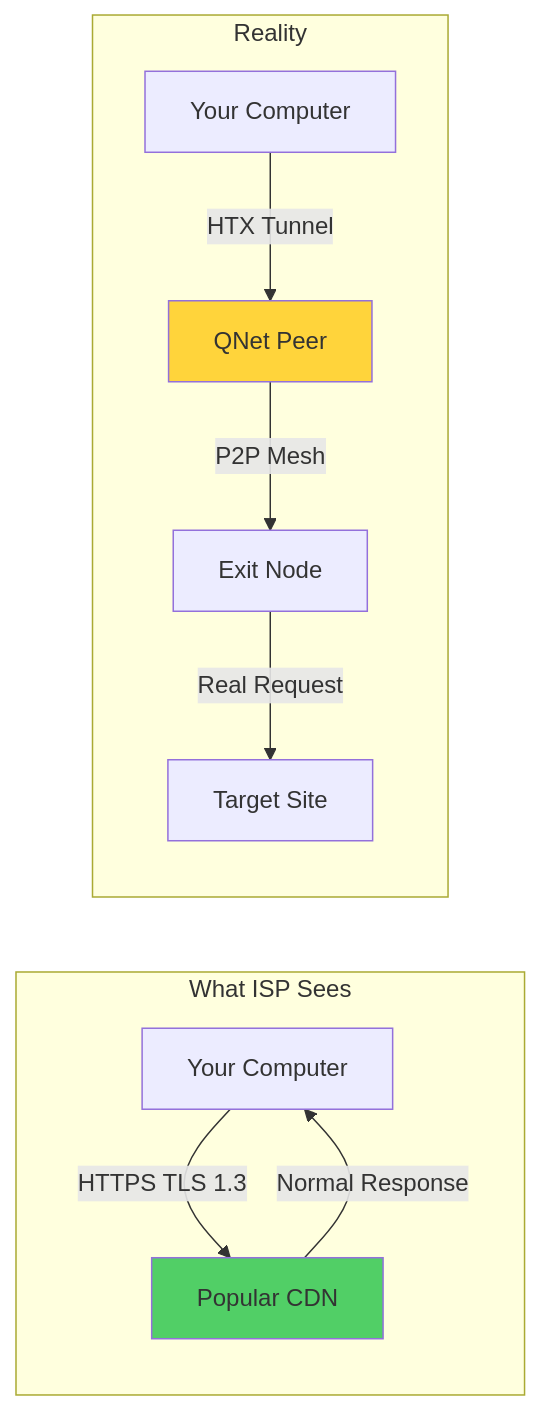
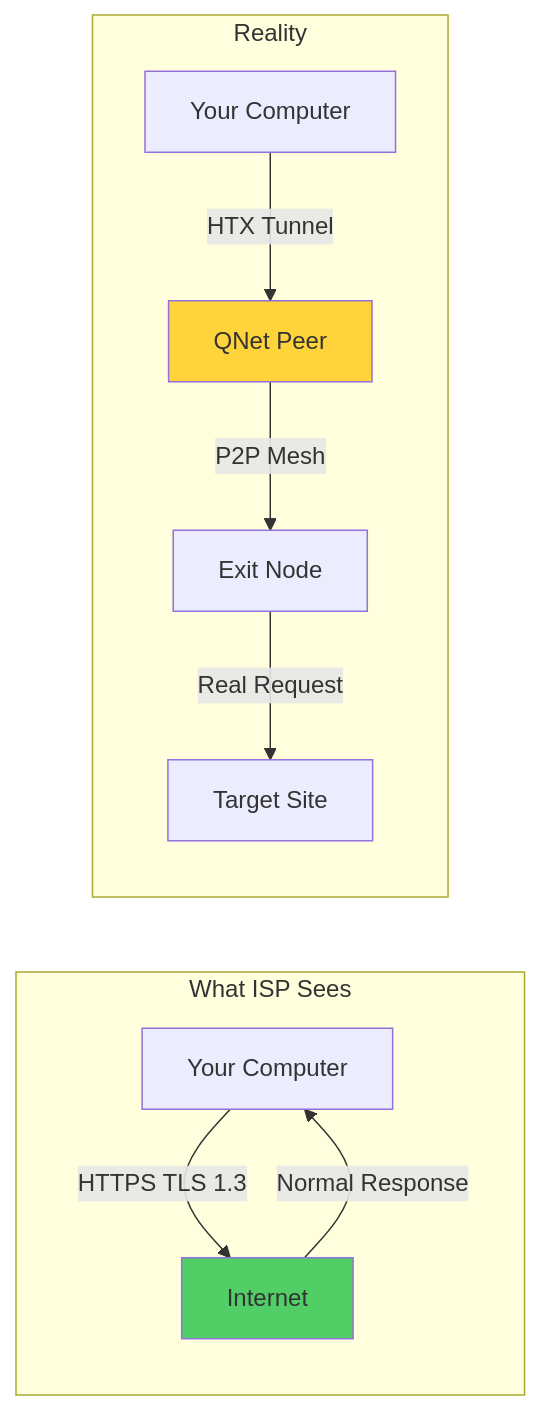
One commit to QW1CKS/qnet changed the sixth of 13 diagrams in README.md. Above: the diagram before and after it, drawn with Mermaid. The commit also changed other lines of this file and 29 other files, not shown here.

````diff
--- a/README.md
+++ b/README.md
@@ -255,16 +255,16 @@
 ```mermaid
 graph LR
     subgraph "What ISP Sees"
-        A[Your Computer] -->|HTTPS TLS 1.3| B[Popular CDN]
+        A[Your Computer] -->|HTTPS TLS 1.3| B[Internet]
         B -->|Normal Response| A
     end
     
     subgraph "Reality"
         C[Your Computer] -->|HTX Tunnel| D[QNet Peer]
         D -->|P2P Mesh| E[Exit Node]
         E -->|Real Request| F[Target Site]
     end
     
     style B fill:#51cf66
     style D fill:#ffd43b
 ```
````
